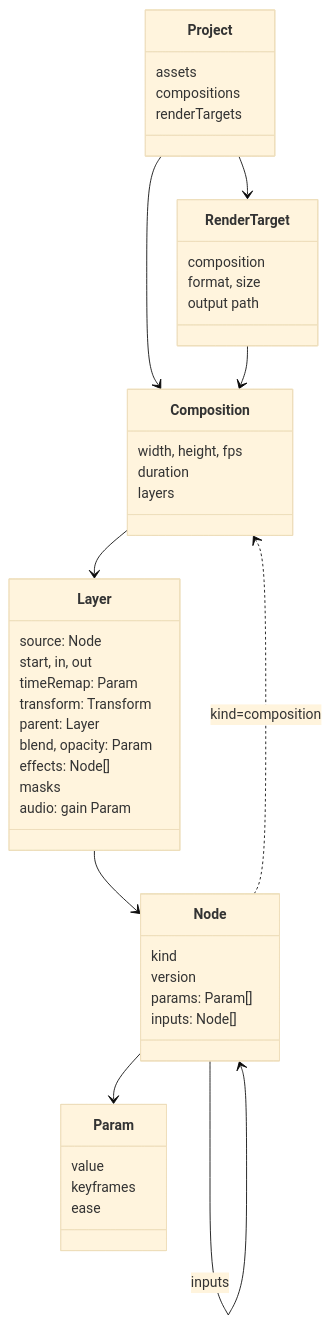
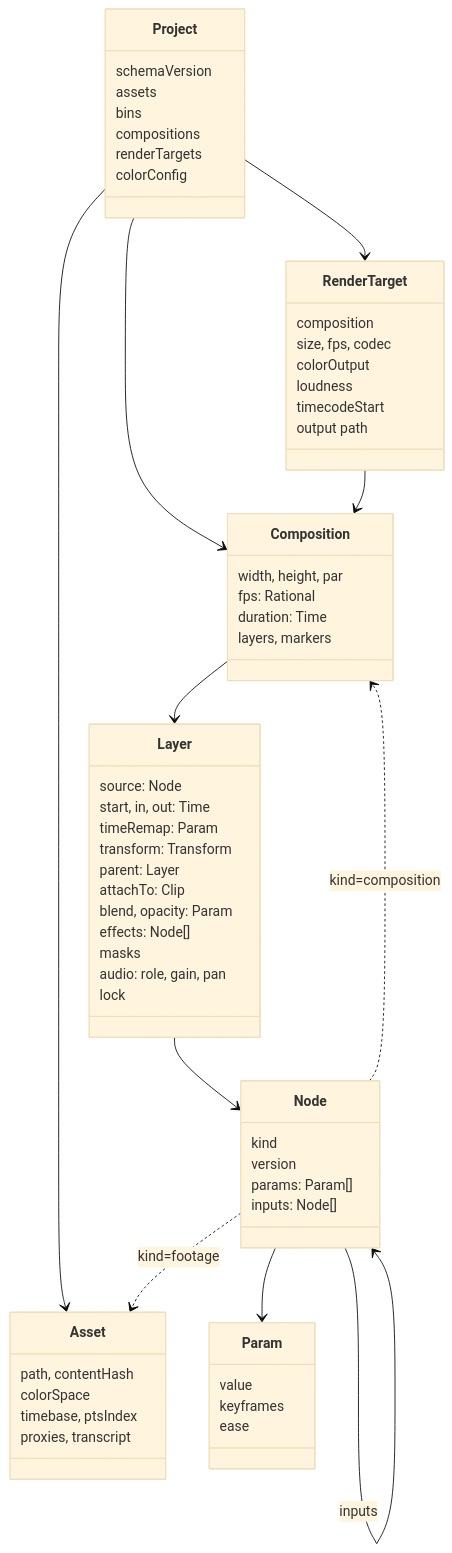
The second of 3 diagrams in studio/docs/design.md (Durun/claude-marketplace), drawn with Mermaid (base theme) before and after one commit. The commit also changed other lines of this file and 2 other files, not shown here.

````diff
--- a/studio/docs/design.md
+++ b/studio/docs/design.md
@@ -69,48 +154,65 @@
 ```mermaid
 classDiagram
   class Project {
+    schemaVersion
     assets
+    bins
     compositions
     renderTargets
+    colorConfig
+  }
+  class Asset {
+    path, contentHash
+    colorSpace
+    timebase, ptsIndex
+    proxies, transcript
   }
   class Composition {
-    width, height, fps
-    duration
-    layers
+    width, height, par
+    fps: Rational
+    duration: Time
+    layers, markers
   }
   class Layer {
     source: Node
-    start, in, out
+    start, in, out: Time
     timeRemap: Param
     transform: Transform
     parent: Layer
+    attachTo: Clip
     blend, opacity: Param
     effects: Node[]
     masks
-    audio: gain Param
+    audio: role, gain, pan
+    lock
   }
   class Node {
     kind
     version
     params: Param[]
     inputs: Node[]
   }
   class Param {
     value
     keyframes
     ease
   }
   class RenderTarget {
     composition
-    format, size
+    size, fps, codec
+    colorOutput
+    loudness
+    timecodeStart
     output path
   }
+  Project --> Asset
   Project --> Composition
   Project --> RenderTarget
   RenderTarget --> Composition
   Composition --> Layer
   Layer --> Node
   Node --> Param
   Node --> Node : inputs
   Node ..> Composition : kind=composition
+  Node ..> Asset : kind=footage
 ```
````
